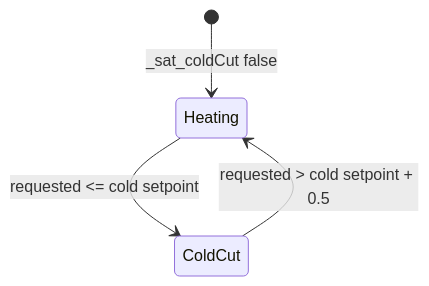
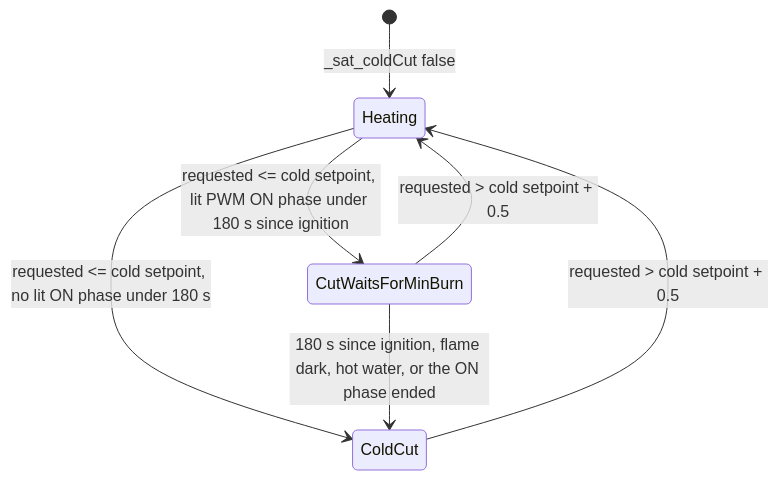
Before and after one commit to rvdbreemen/OTGW-firmware: the sixth of 14 diagrams in docs/sat/sat-state-machine.md, drawn with Mermaid. The commit also changed other lines of this file, not shown here.

First line of the commit message:
docs(sat): TASK-1652 state machine M5: the cold cutoff waits for a lit ON phase's 180 s (line refs at 08fad6ca8+)

````diff
--- a/docs/sat/sat-state-machine.md
+++ b/docs/sat/sat-state-machine.md
@@ -330,6 +330,9 @@
 ```mermaid
 stateDiagram-v2
     [*] --> Heating : _sat_coldCut false
-    Heating --> ColdCut : requested <= cold setpoint
+    Heating --> ColdCut : requested <= cold setpoint, no lit ON phase under 180 s
+    Heating --> CutWaitsForMinBurn : requested <= cold setpoint, lit PWM ON phase under 180 s since ignition
+    CutWaitsForMinBurn --> ColdCut : 180 s since ignition, flame dark, hot water, or the ON phase ended
+    CutWaitsForMinBurn --> Heating : requested > cold setpoint + 0.5
     ColdCut --> Heating : requested > cold setpoint + 0.5
 ```
````
